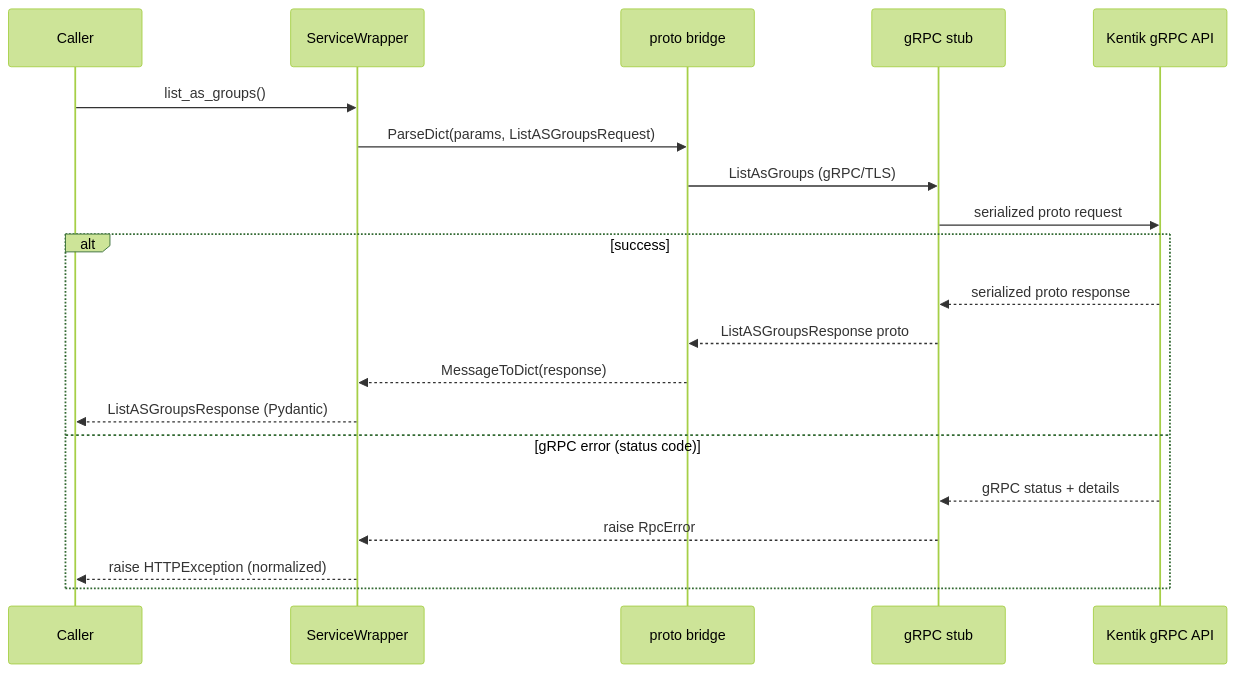
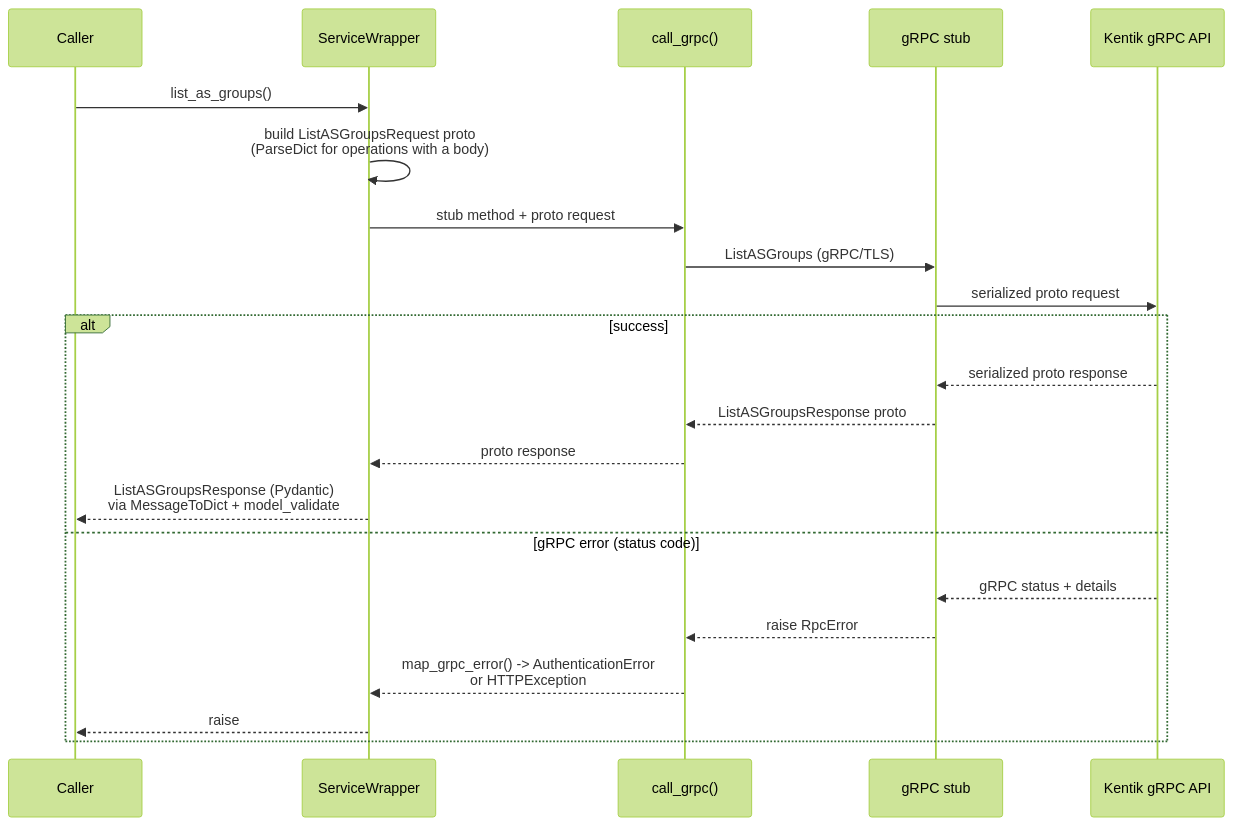
The second of 2 diagrams in docs/guides/grpc.md (alexdearaujo/community_sdk_python), drawn with Mermaid (forest theme) before and after one commit. The commit also changed other lines of this file and 22 other files, not shown here.

````diff
--- a/docs/guides/grpc.md
+++ b/docs/guides/grpc.md
@@ -65,23 +65,25 @@
 ```mermaid
 sequenceDiagram
     participant C as Caller
     participant W as ServiceWrapper
-    participant B as proto bridge
+    participant CG as call_grpc()
     participant S as gRPC stub
     participant API as Kentik gRPC API
 
     C->>W: list_as_groups()
-    W->>B: ParseDict(params, ListASGroupsRequest)
-    B->>S: ListAsGroups (gRPC/TLS)
+    W->>W: build ListASGroupsRequest proto<br/>(ParseDict for operations with a body)
+    W->>CG: stub method + proto request
+    CG->>S: ListASGroups (gRPC/TLS)
     S->>API: serialized proto request
     alt success
         API-->>S: serialized proto response
-        S-->>B: ListASGroupsResponse proto
-        B-->>W: MessageToDict(response)
-        W-->>C: ListASGroupsResponse (Pydantic)
+        S-->>CG: ListASGroupsResponse proto
+        CG-->>W: proto response
+        W-->>C: ListASGroupsResponse (Pydantic)<br/>via MessageToDict + model_validate
     else gRPC error (status code)
         API-->>S: gRPC status + details
-        S-->>W: raise RpcError
-        W-->>C: raise HTTPException (normalized)
+        S-->>CG: raise RpcError
+        CG-->>W: map_grpc_error() -> AuthenticationError<br/>or HTTPException
+        W-->>C: raise
     end
 ```
````
